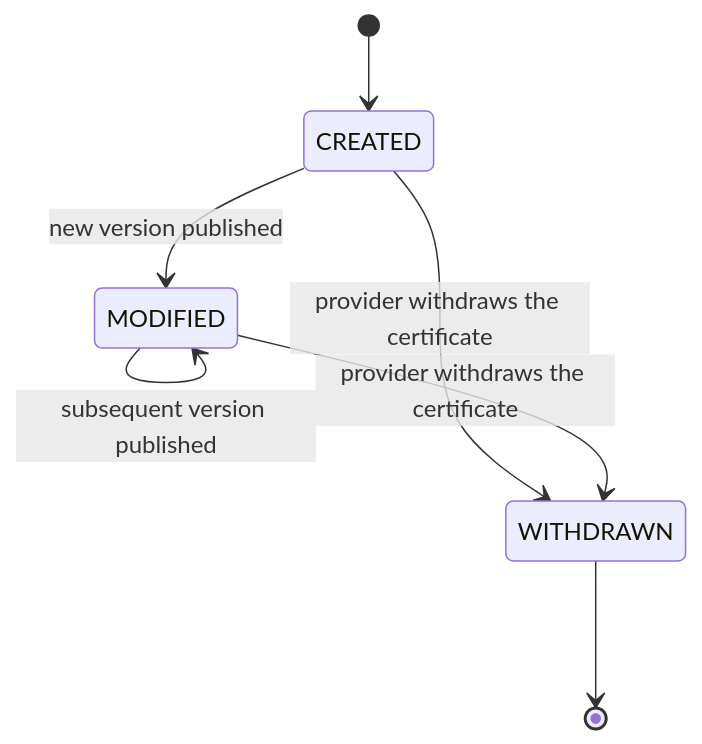
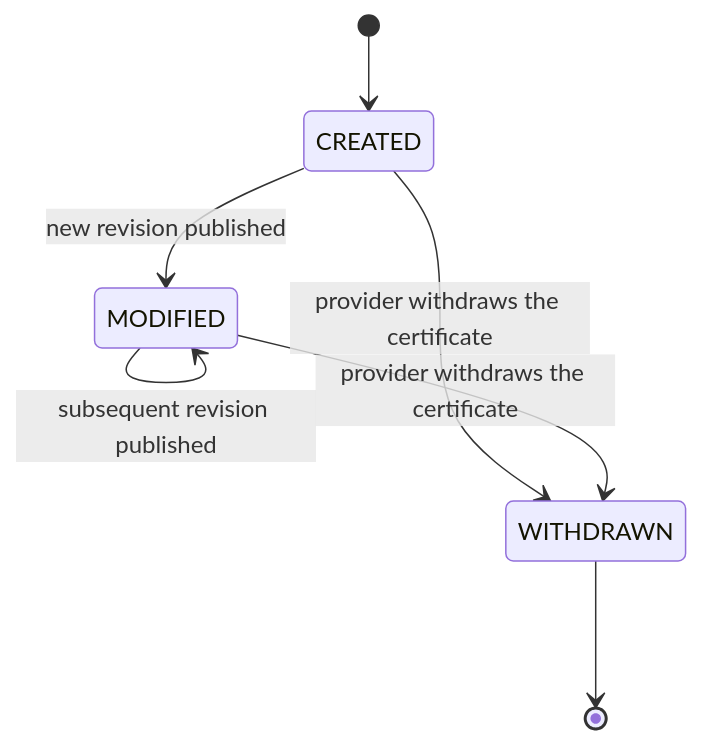
One commit to catenax-eV/catenax-ev.github.io changed the second of 2 diagrams in docs/standards/CX-0135-CompanyCertificateManagement/CX-0135-CompanyCertificateManagement-combined.md. Above: the diagram before and after it, drawn with Mermaid. The commit also changed other lines of this file and 2 other files, not shown here.

````diff
--- a/docs/standards/CX-0135-CompanyCertificateManagement/CX-0135-CompanyCertificateManagement-combined.md
+++ b/docs/standards/CX-0135-CompanyCertificateManagement/CX-0135-CompanyCertificateManagement-combined.md
@@ -222,9 +283,9 @@
 ```mermaid
 stateDiagram-v2
     [*] --> CREATED
-    CREATED --> MODIFIED: new version published
-    MODIFIED --> MODIFIED: subsequent version published
+    CREATED --> MODIFIED: new revision published
+    MODIFIED --> MODIFIED: subsequent revision published
     CREATED --> WITHDRAWN: provider withdraws the certificate
     MODIFIED --> WITHDRAWN: provider withdraws the certificate
     WITHDRAWN --> [*]
 ```
````
